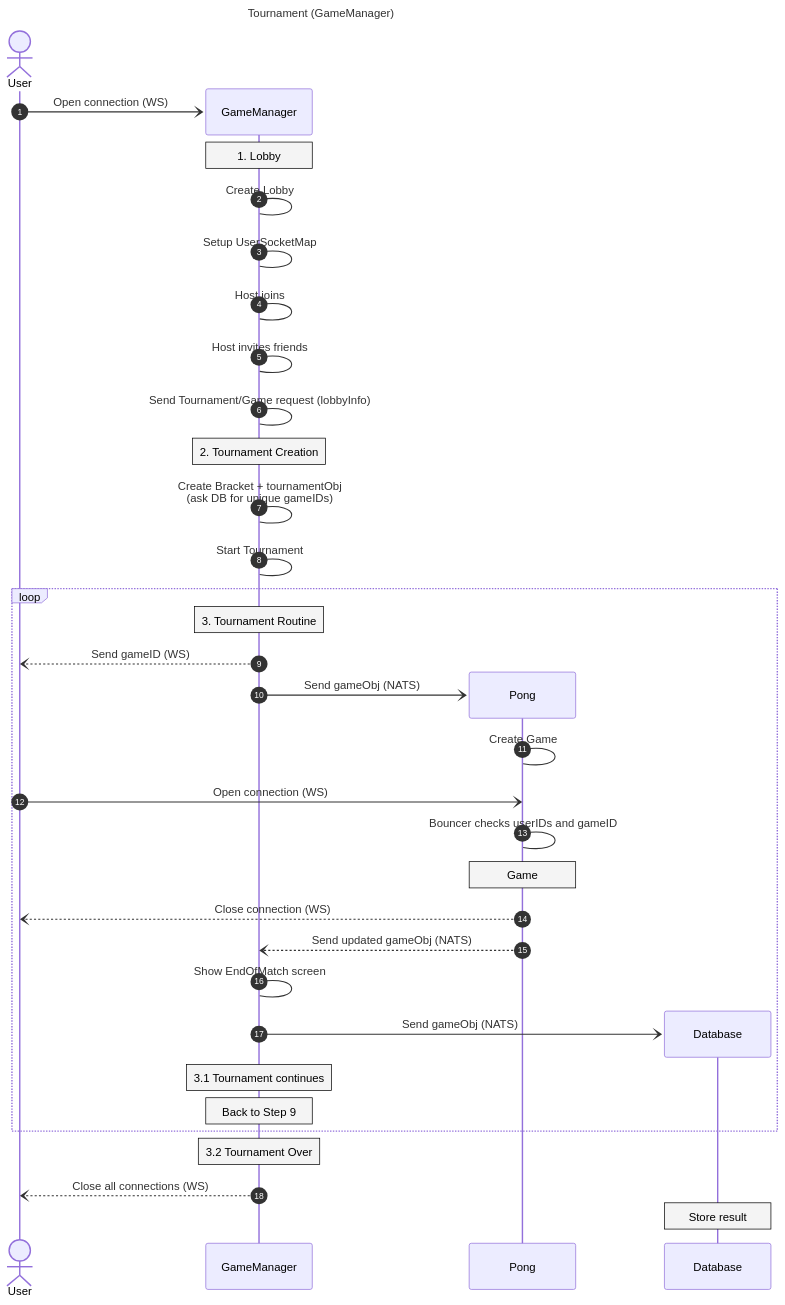
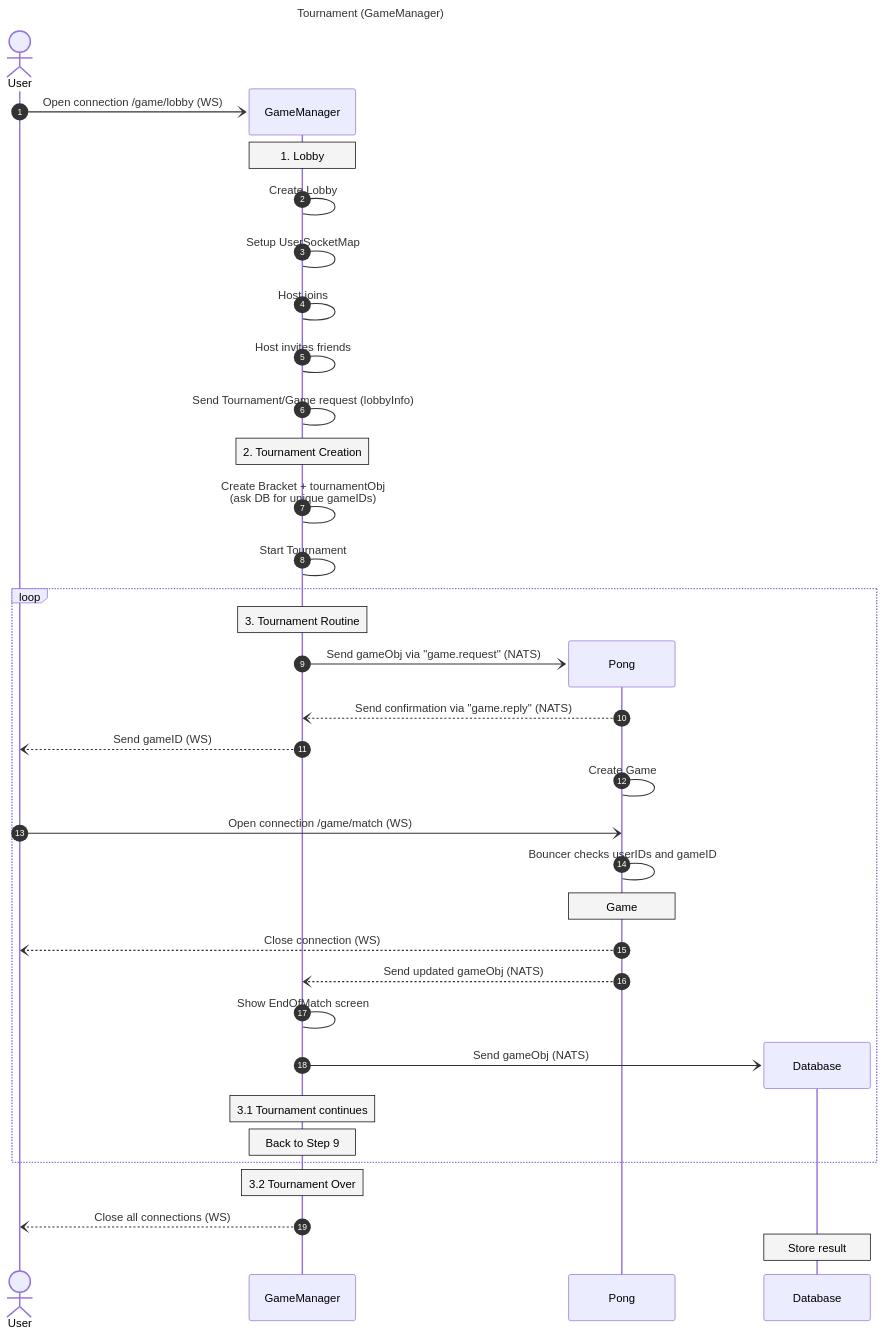
Before and after one commit to cdomet-d/transcendence: the diagram in .doc/GameManagerV5.mmd, drawn with Mermaid. The commit also changed 11 other files, not shown here.

First line of the commit message:
add: started implementing new diagram (V5)

```diff
--- a/.doc/GameManagerV5.mmd
+++ b/.doc/GameManagerV5.mmd
@@ -1,44 +1,45 @@
 %%{init:{"themeVariables": {
     "noteBkgColor":"#f4f4f4", 
     "noteTextColor":"black",
     "noteBorderColor":"#000",
     "fontFamily":"Arial"
   }
 }}%%
 sequenceDiagram
     title Tournament (GameManager)
     autonumber
 
     create actor U as User
     create participant GM as GameManager
-    U-)GM: Open connection (WS)
+    U-)GM: Open connection /game/lobby (WS)
     Note over GM: 1. Lobby
     GM->GM: Create Lobby
     GM->GM: Setup UserSocketMap
     GM->GM: Host joins
     GM->GM: Host invites friends
     GM->GM: Send Tournament/Game request (lobbyInfo)
     Note over GM: 2. Tournament Creation
     GM->GM: Create Bracket + tournamentObj<br> (ask DB for unique gameIDs)
     GM->GM: Start Tournament
     loop
       Note over GM: 3. Tournament Routine
+      create Participant P as Pong
+      GM-)P: Send gameObj via "game.request" (NATS)
+      P--)GM: Send confirmation via "game.reply" (NATS)
       GM--)U: Send gameID (WS)
-      create Participant P as Pong
-      GM-)P: Send gameObj (NATS)
       P->P: Create Game
-      U-)P: Open connection (WS)
+      U-)P: Open connection /game/match (WS)
       P->P: Bouncer checks userIDs and gameID
       Note over P: Game
       P--)U: Close connection (WS)
       P--)GM: Send updated gameObj (NATS)
       GM->GM: Show EndOfMatch screen
 
       create participant DB as Database
       GM-)DB: Send gameObj (NATS)
       Note over GM: 3.1 Tournament continues
       Note over GM: Back to Step 9
     end
       Note over GM: 3.2 Tournament Over
       GM--)U: Close all connections (WS)
       Note over DB: Store result
```
